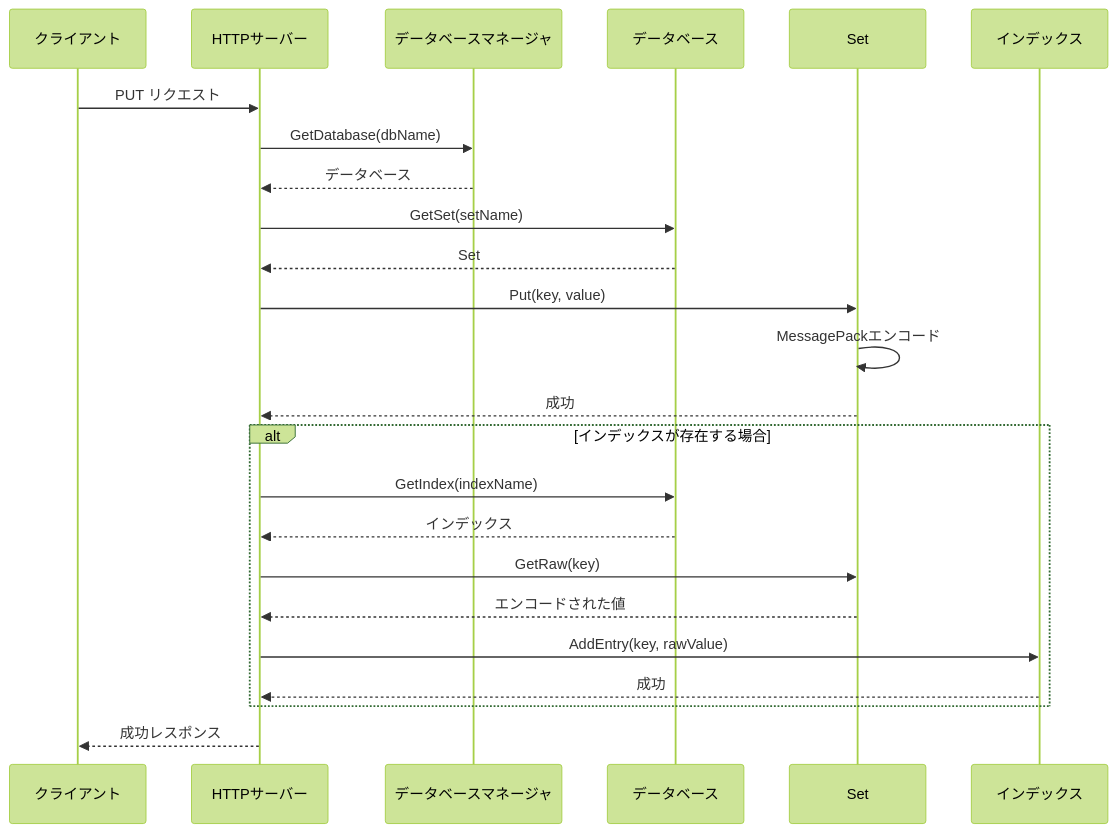
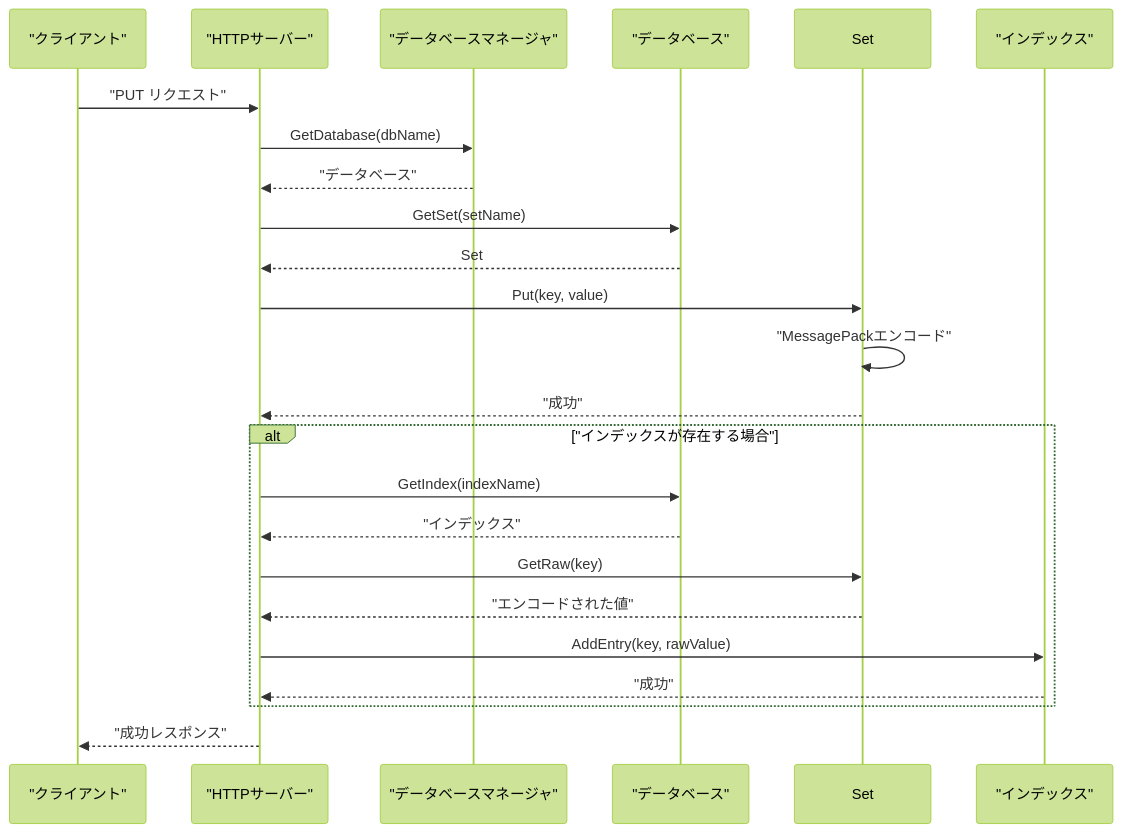
One commit to ssig33/fuckbase changed the ninth of 11 diagrams in textbooks/02_architecture.md. Above: the diagram before and after it, drawn with Mermaid (forest theme). The commit also changed other lines of this file and 6 other files, not shown here.

Commit message:
Fix Mermaid diagrams by properly enclosing Japanese text in double quotes to prevent control character misinterpretation

````diff
--- a/textbooks/02_architecture.md
+++ b/textbooks/02_architecture.md
@@ -170,29 +170,29 @@
 ```mermaid
 sequenceDiagram
-    participant Client as クライアント
-    participant Server as HTTPサーバー
-    participant DBManager as データベースマネージャ
-    participant DB as データベース
+    participant Client as "クライアント"
+    participant Server as "HTTPサーバー"
+    participant DBManager as "データベースマネージャ"
+    participant DB as "データベース"
     participant Set as Set
-    participant Index as インデックス
+    participant Index as "インデックス"
     
-    Client->>Server: PUT リクエスト
+    Client->>Server: "PUT リクエスト"
     Server->>DBManager: GetDatabase(dbName)
-    DBManager-->>Server: データベース
+    DBManager-->>Server: "データベース"
     Server->>DB: GetSet(setName)
     DB-->>Server: Set
     Server->>Set: Put(key, value)
-    Set->>Set: MessagePackエンコード
-    Set-->>Server: 成功
+    Set->>Set: "MessagePackエンコード"
+    Set-->>Server: "成功"
     
-    alt インデックスが存在する場合
+    alt "インデックスが存在する場合"
         Server->>DB: GetIndex(indexName)
-        DB-->>Server: インデックス
+        DB-->>Server: "インデックス"
         Server->>Set: GetRaw(key)
-        Set-->>Server: エンコードされた値
+        Set-->>Server: "エンコードされた値"
         Server->>Index: AddEntry(key, rawValue)
-        Index-->>Server: 成功
+        Index-->>Server: "成功"
     end
     
-    Server-->>Client: 成功レスポンス
+    Server-->>Client: "成功レスポンス"
 ```
````
